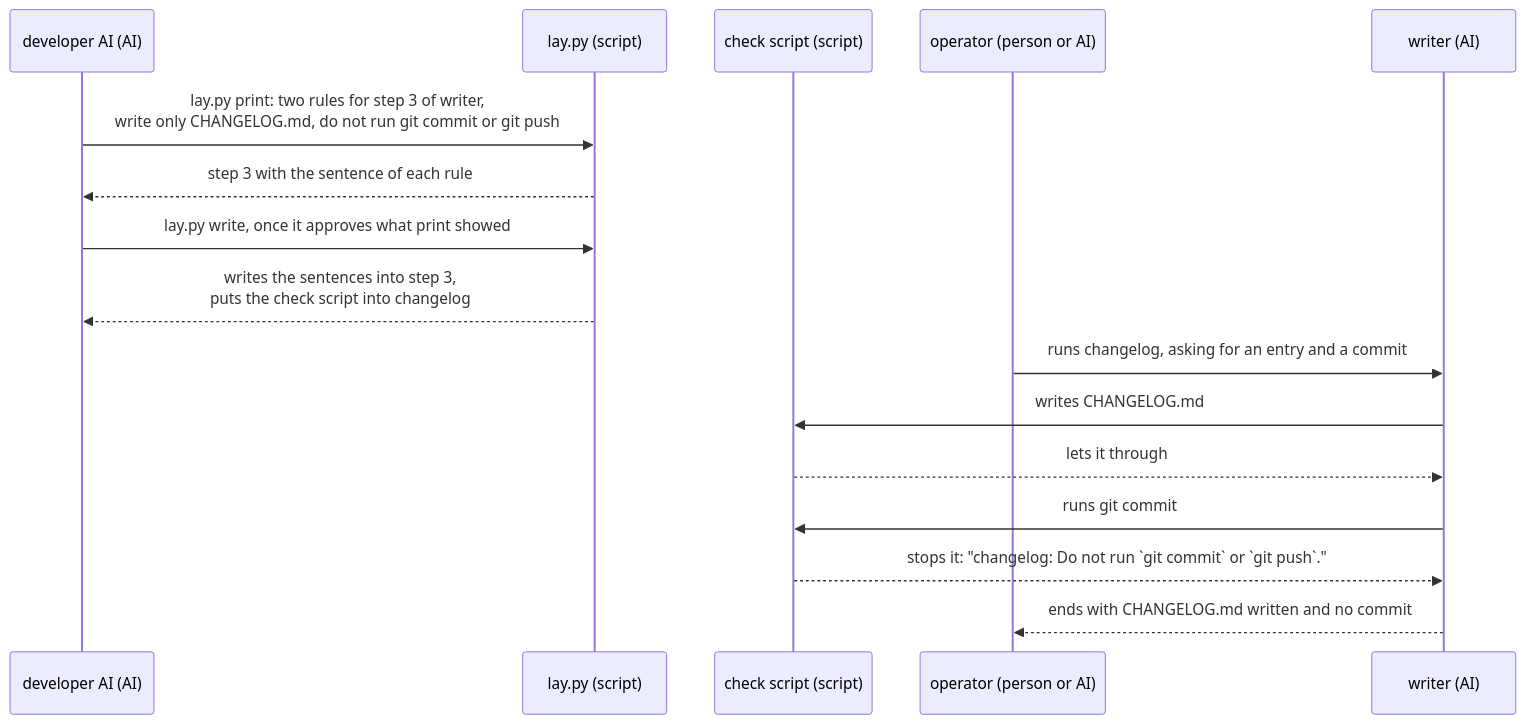
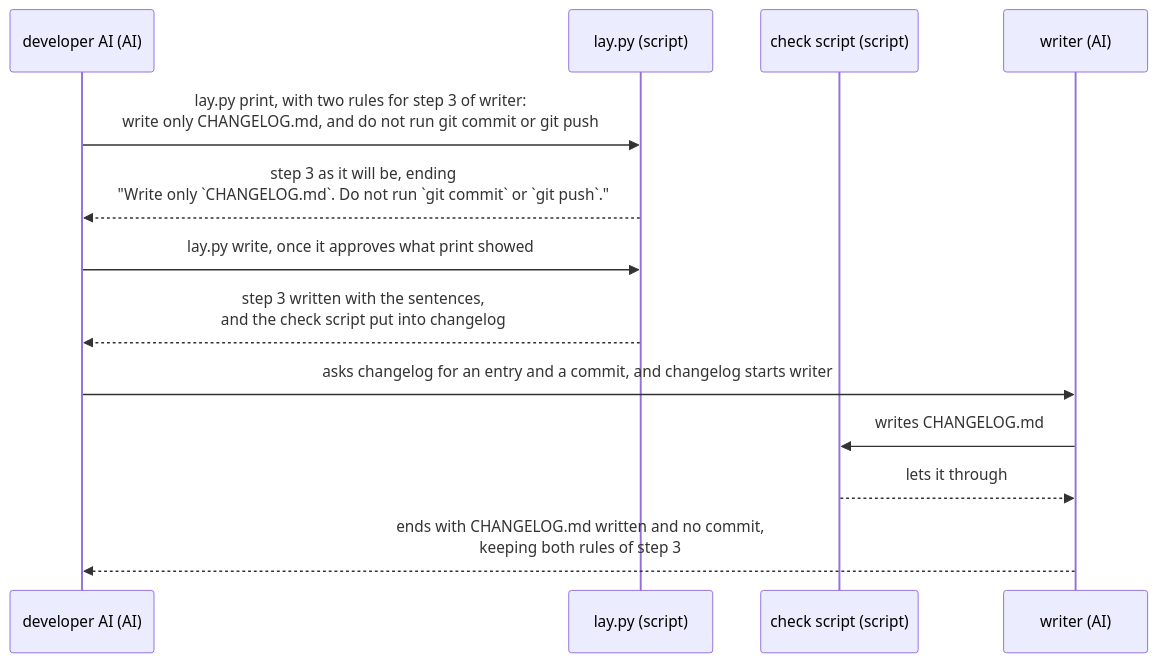
One commit to lovaizu/ccpm changed the first of 2 diagrams in dev/lane/ux.md. Above: the diagram before and after it, drawn with Mermaid. The commit also changed other lines of this file and 2 other files, not shown here.

First line of the commit message:
lane's UX made again by ux's best practice: no stop on either main path, as flow.md says lane tells each move without one; headings with the developer AI as subject; key results counted out of a whole, with their priorities; the messages as the code gives them

````diff
--- a/dev/lane/ux.md
+++ b/dev/lane/ux.md
@@ -42,18 +57,15 @@
 ```mermaid
 sequenceDiagram
   participant A as developer AI (AI)
   participant L as lay.py (script)
   participant K as check script (script)
-  participant U as operator (person or AI)
   participant W as writer (AI)
-  A->>L: lay.py print: two rules for step 3 of writer,<br>write only CHANGELOG.md, do not run git commit or git push
-  L-->>A: step 3 with the sentence of each rule
+  A->>L: lay.py print, with two rules for step 3 of writer:<br>write only CHANGELOG.md, and do not run git commit or git push
+  L-->>A: step 3 as it will be, ending<br>"Write only `CHANGELOG.md`. Do not run `git commit` or `git push`."
   A->>L: lay.py write, once it approves what print showed
-  L-->>A: writes the sentences into step 3,<br>puts the check script into changelog
-  U->>W: runs changelog, asking for an entry and a commit
+  L-->>A: step 3 written with the sentences,<br>and the check script put into changelog
+  A->>W: asks changelog for an entry and a commit, and changelog starts writer
   W->>K: writes CHANGELOG.md
   K-->>W: lets it through
-  W->>K: runs git commit
-  K-->>W: stops it: "changelog: Do not run `git commit` or `git push`."
-  W-->>U: ends with CHANGELOG.md written and no commit
+  W-->>A: ends with CHANGELOG.md written and no commit,<br>keeping both rules of step 3
 ```
````
